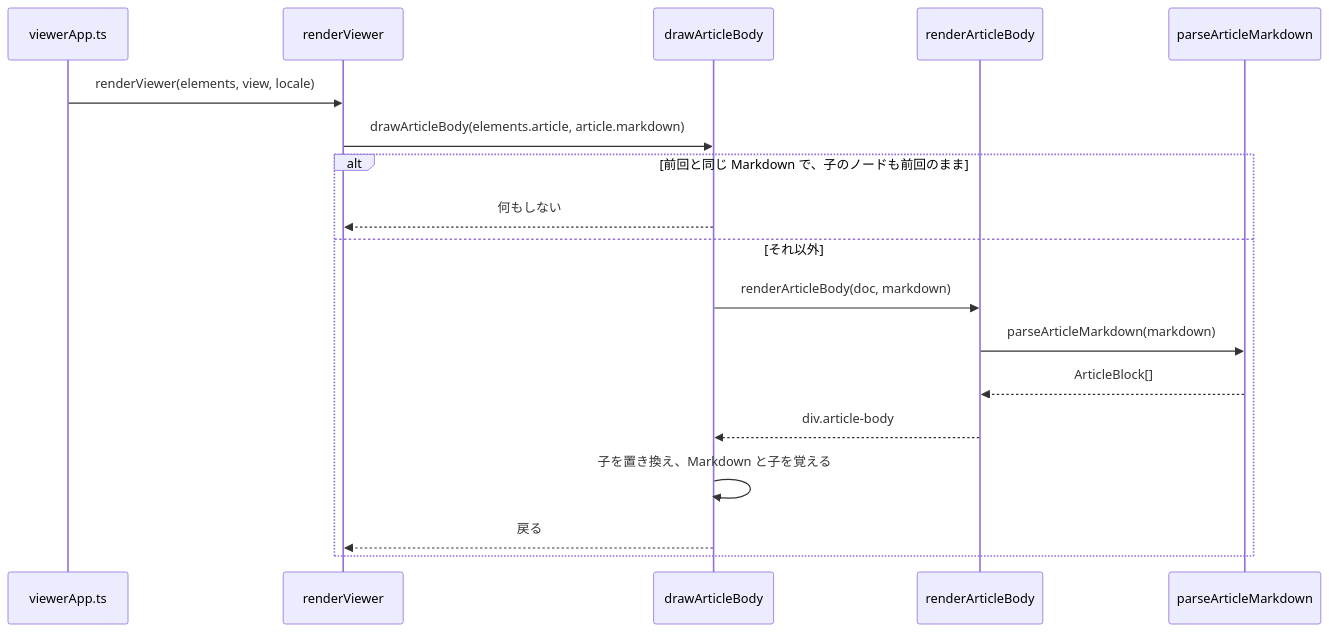
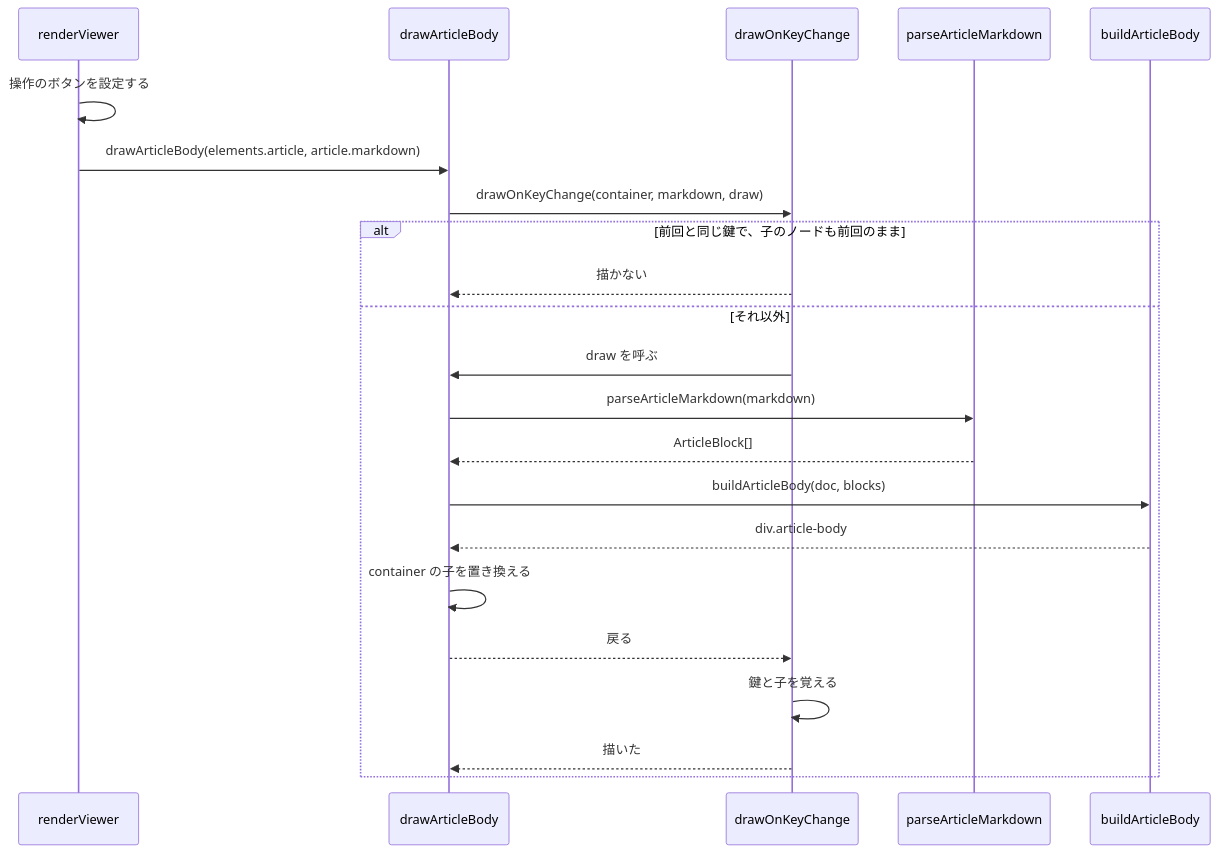
One commit to isseis/yt2column changed the fourth of 7 diagrams in docs/tasks/0063_viewer_markdown/02_architecture.md. Above: the diagram before and after it, drawn with Mermaid. The commit also changed other lines of this file, not shown here.

First line of the commit message:
docs(0063): address review findings on the viewer Markdown architecture

````diff
--- a/docs/tasks/0063_viewer_markdown/02_architecture.md
+++ b/docs/tasks/0063_viewer_markdown/02_architecture.md
@@ -189,21 +198,25 @@
 ```mermaid
 sequenceDiagram
-    participant APP as viewerApp.ts
     participant RV as renderViewer
     participant DRAW as drawArticleBody
-    participant RAB as renderArticleBody
+    participant DOC as drawOnKeyChange
     participant P as parseArticleMarkdown
+    participant B as buildArticleBody
 
-    APP->>RV: renderViewer(elements, view, locale)
+    RV->>RV: 操作のボタンを設定する
     RV->>DRAW: drawArticleBody(elements.article, article.markdown)
-    alt 前回と同じ Markdown で、子のノードも前回のまま
-        DRAW-->>RV: 何もしない
+    DRAW->>DOC: drawOnKeyChange(container, markdown, draw)
+    alt 前回と同じ鍵で、子のノードも前回のまま
+        DOC-->>DRAW: 描かない
     else それ以外
-        DRAW->>RAB: renderArticleBody(doc, markdown)
-        RAB->>P: parseArticleMarkdown(markdown)
-        P-->>RAB: ArticleBlock[]
-        RAB-->>DRAW: div.article-body
-        DRAW->>DRAW: 子を置き換え、Markdown と子を覚える
-        DRAW-->>RV: 戻る
+        DOC->>DRAW: draw を呼ぶ
+        DRAW->>P: parseArticleMarkdown(markdown)
+        P-->>DRAW: ArticleBlock[]
+        DRAW->>B: buildArticleBody(doc, blocks)
+        B-->>DRAW: div.article-body
+        DRAW->>DRAW: container の子を置き換える
+        DRAW-->>DOC: 戻る
+        DOC->>DOC: 鍵と子を覚える
+        DOC-->>DRAW: 描いた
     end
 ```
````
